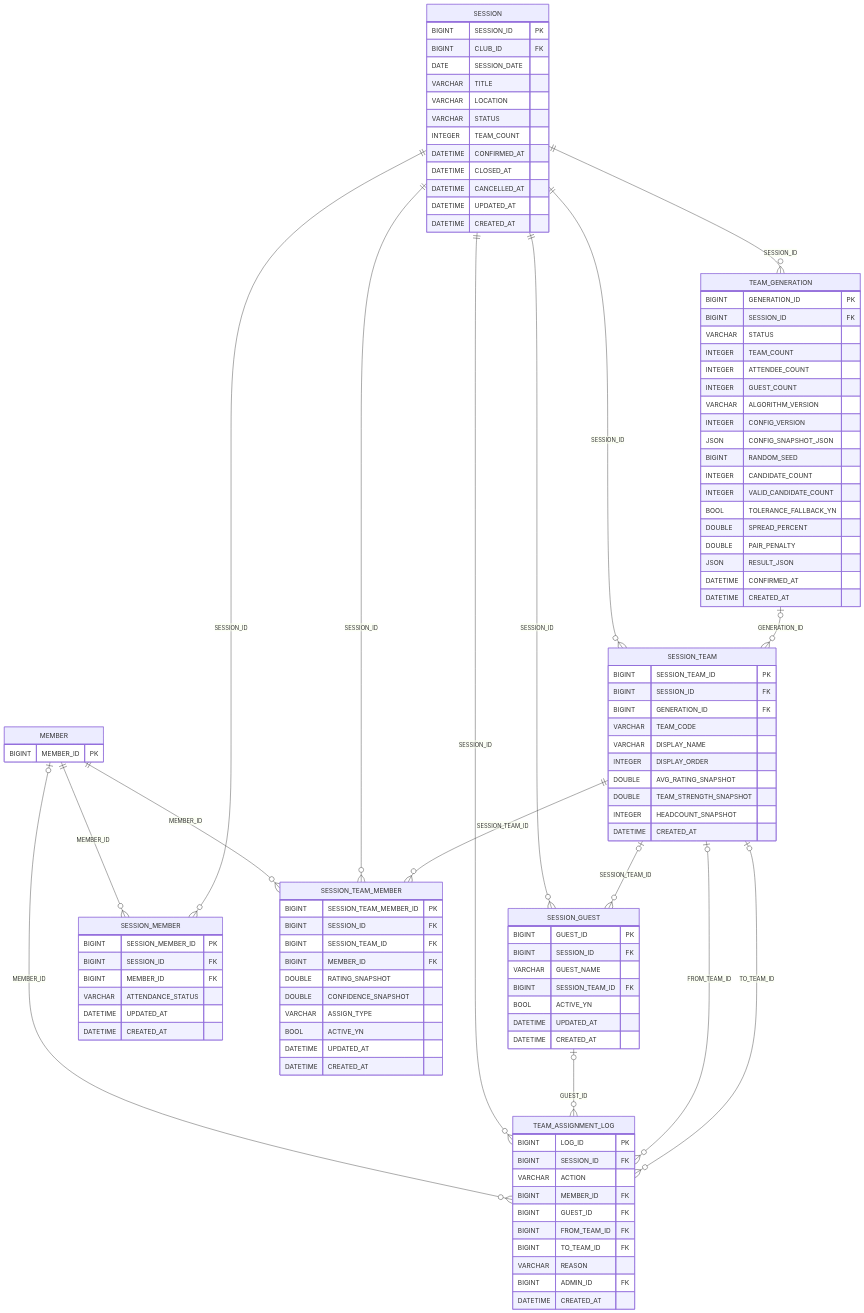
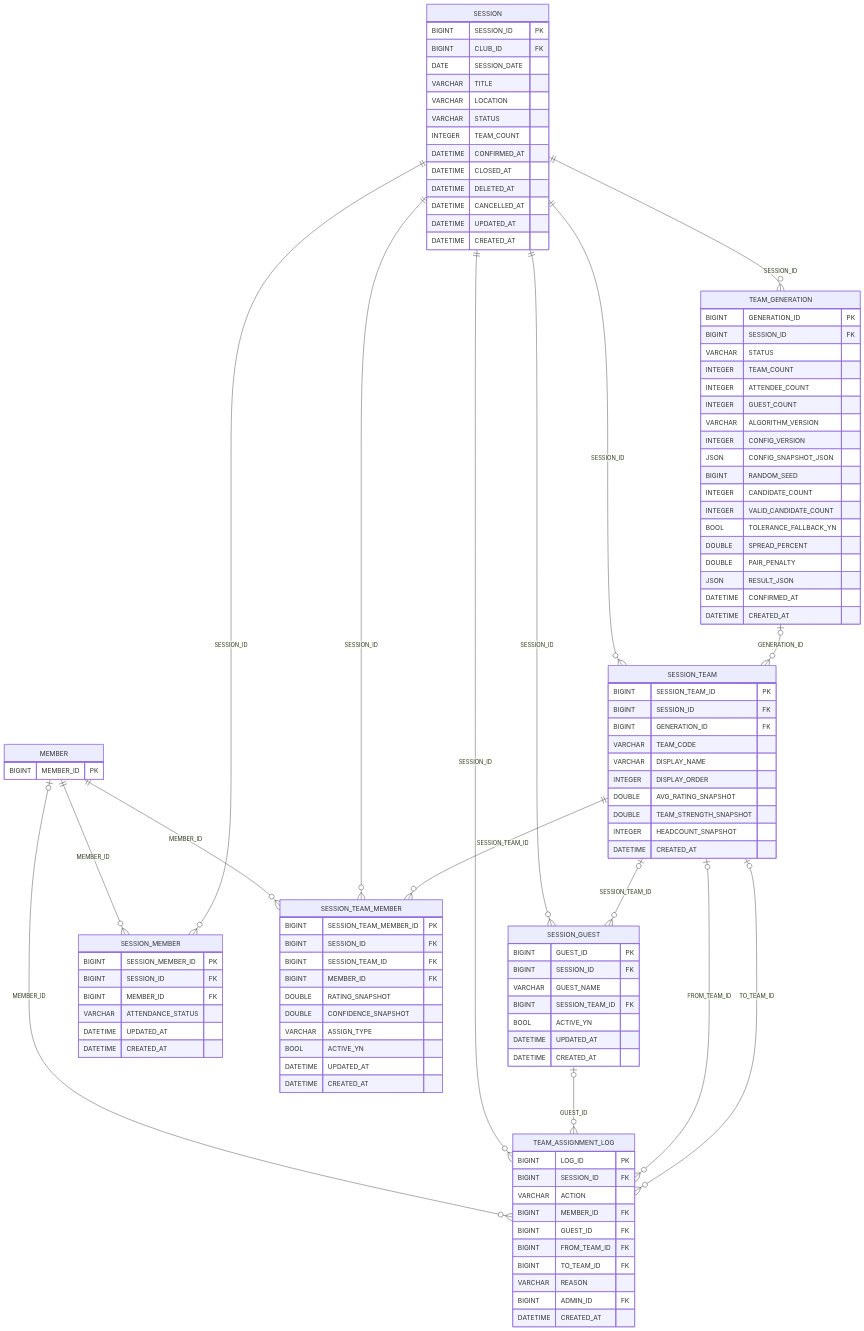
The second of 5 diagrams in docs/ERD.md (preferJ/clubwire), drawn with Mermaid before and after one commit. The commit also changed 23 other files, not shown here.

```diff
--- a/docs/ERD.md
+++ b/docs/ERD.md
@@ -82,6 +82,7 @@
         INTEGER TEAM_COUNT
         DATETIME CONFIRMED_AT
         DATETIME CLOSED_AT
+        DATETIME DELETED_AT
         DATETIME CANCELLED_AT
         DATETIME UPDATED_AT
         DATETIME CREATED_AT
```
